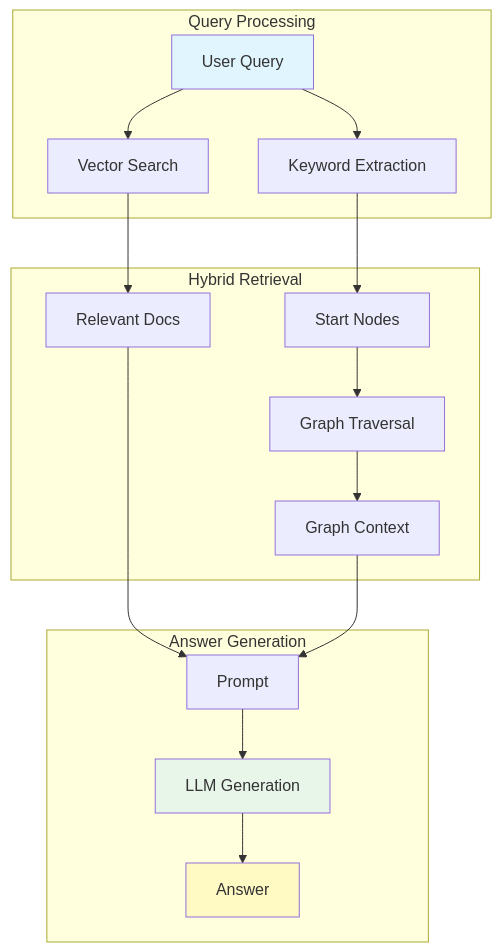
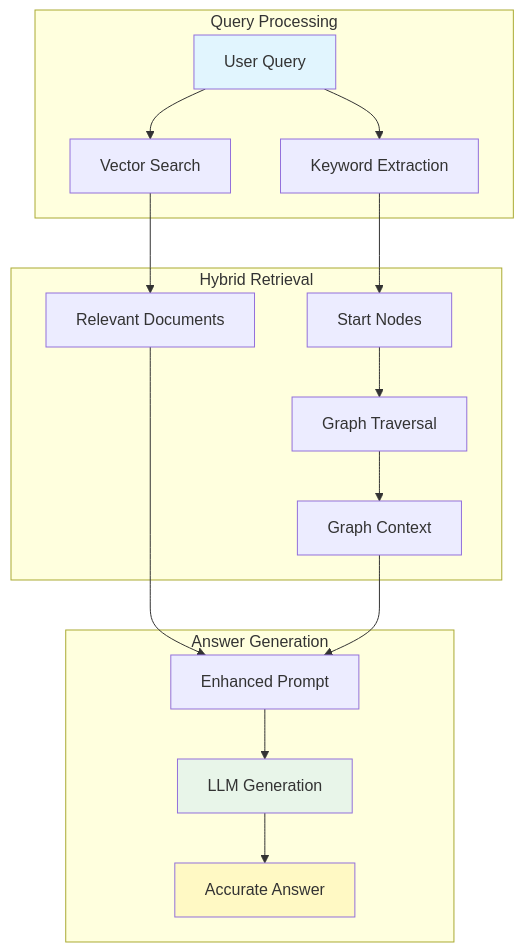
Before and after one commit to Sameer6305/semantica: the fourth of 6 diagrams in docs/concepts.md, drawn with Mermaid. The commit also changed other lines of this file and 15 other files, not shown here.

````diff
--- a/docs/concepts.md
+++ b/docs/concepts.md
@@ -123,25 +1185,25 @@
 ```mermaid
 flowchart TD
-    subgraph Query [Query Processing]
+    subgraph Query["Query Processing"]
         Q[User Query] --> VS[Vector Search]
         Q --> KE[Keyword Extraction]
     end
-
-    subgraph Retrieval [Hybrid Retrieval]
-        VS --> Docs[Relevant Docs]
+    
+    subgraph Retrieval["Hybrid Retrieval"]
+        VS --> Docs[Relevant Documents]
         KE --> Nodes[Start Nodes]
         Nodes --> Trav[Graph Traversal]
         Trav --> Context[Graph Context]
     end
-
-    subgraph Synthesis [Answer Generation]
-        Docs --> Prompt
+    
+    subgraph Synthesis["Answer Generation"]
+        Docs --> Prompt[Enhanced Prompt]
         Context --> Prompt
         Prompt --> LLM[LLM Generation]
-        LLM --> A[Answer]
+        LLM --> A[Accurate Answer]
     end
     
     style Q fill:#e1f5fe
     style LLM fill:#e8f5e9
     style A fill:#fff9c4
 ```
````
